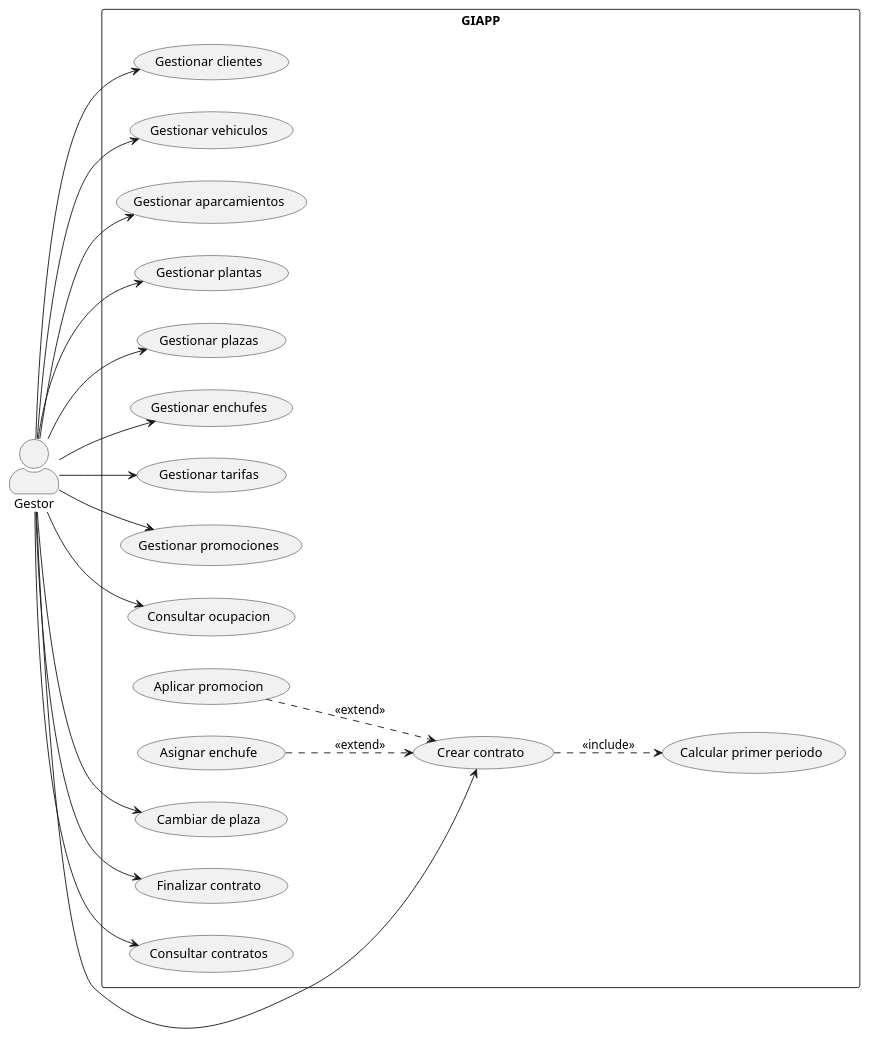
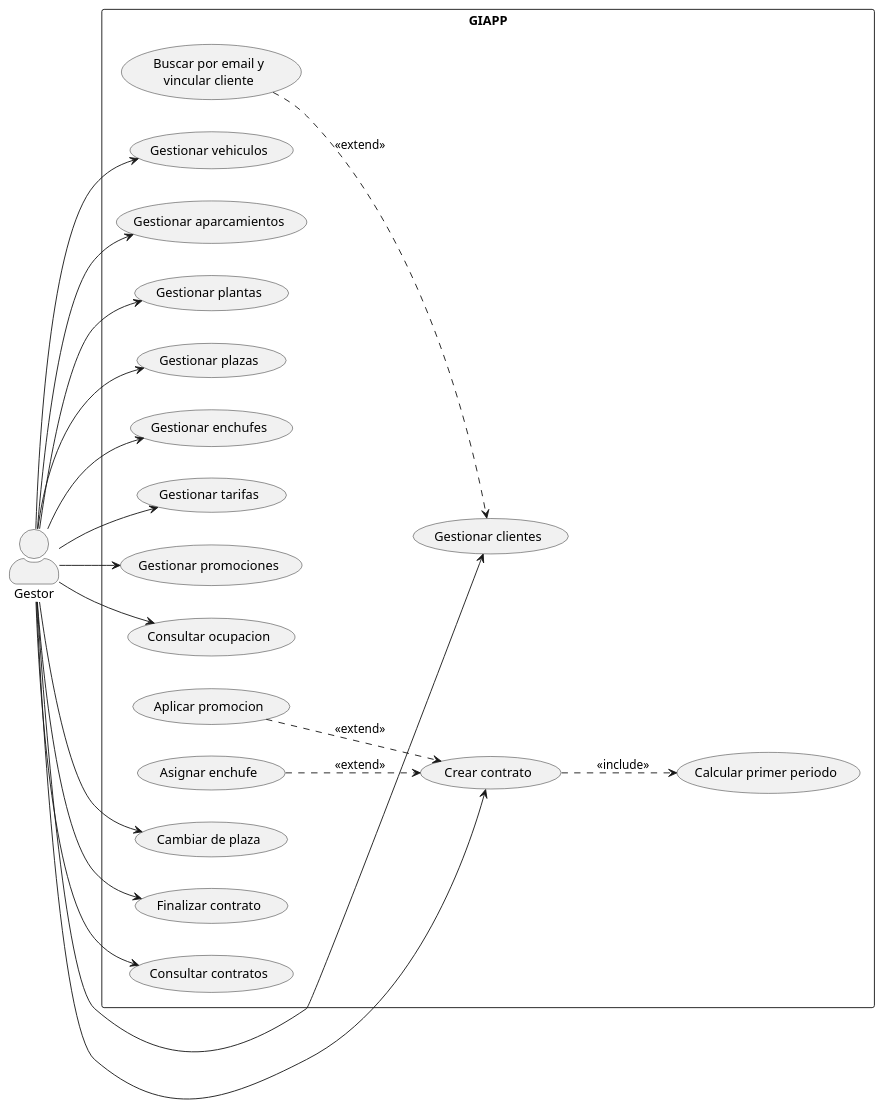
The diagram in docs/uml/casos-de-uso-gestion.puml (galanmg/giapp), drawn with PlantUML before and after one commit. The commit also changed 3 other files, not shown here.

First line of the commit message:
Diagramas: casos de uso y métodos de dominio al día con el código

```diff
--- a/docs/uml/casos-de-uso-gestion.puml
+++ b/docs/uml/casos-de-uso-gestion.puml
@@ -1,48 +1,52 @@
 @startuml casos-de-uso-gestion
 ' GIAPP - Casos de uso: gestion de inventario y contratos
 ' Autor: Andres Moreno
 
 left to right direction
 skinparam actorStyle awesome
 
 actor "Gestor" as gestor
 
 rectangle "GIAPP" {
   usecase "Gestionar clientes" as UC20
+  usecase "Buscar por email y\nvincular cliente" as UC29
   usecase "Gestionar vehiculos" as UC21
   usecase "Gestionar aparcamientos" as UC22
   usecase "Gestionar plantas" as UC23
   usecase "Gestionar plazas" as UC24
   usecase "Gestionar enchufes" as UC25
   usecase "Gestionar tarifas" as UC26
   usecase "Gestionar promociones" as UC27
   usecase "Consultar ocupacion" as UC28
 
   usecase "Crear contrato" as UC30
   usecase "Calcular primer periodo" as UC31
   usecase "Aplicar promocion" as UC32
   usecase "Asignar enchufe" as UC33
   usecase "Cambiar de plaza" as UC34
   usecase "Finalizar contrato" as UC35
   usecase "Consultar contratos" as UC36
 }
 
 gestor --> UC20
 gestor --> UC21
 gestor --> UC22
 gestor --> UC23
 gestor --> UC24
 gestor --> UC25
 gestor --> UC26
 gestor --> UC27
 gestor --> UC28
 gestor --> UC30
 gestor --> UC34
 gestor --> UC35
 gestor --> UC36
 
+' RF-55: un usuario ya registrado pasa a ser cliente de un aparcamiento
+UC29 ..> UC20 : <<extend>>
+
 UC30 ..> UC31 : <<include>>
 UC32 ..> UC30 : <<extend>>
 UC33 ..> UC30 : <<extend>>
 
 @enduml
```
